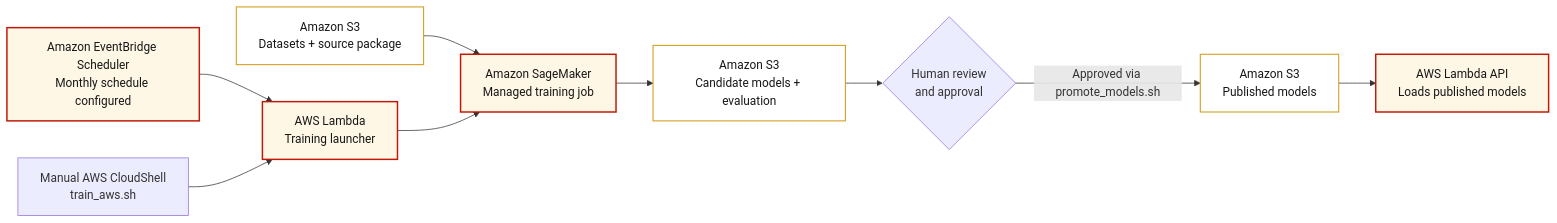
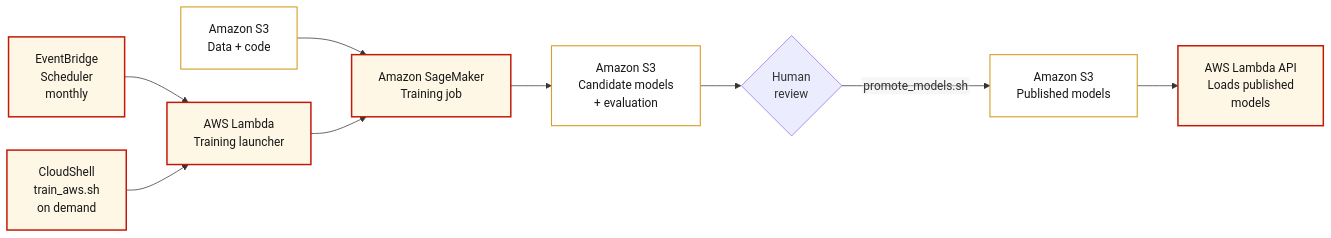
One commit to Juanita-HP/WealthPilot changed the second of 2 diagrams in docs/AWS_ARCHITECTURE.md. Above: the diagram before and after it, drawn with Mermaid. The commit also changed other lines of this file and 7 other files, not shown here.

First line of the commit message:
Fix clipped labels in the AWS diagrams; call the allocation simulated, not recommended

````diff
--- a/docs/AWS_ARCHITECTURE.md
+++ b/docs/AWS_ARCHITECTURE.md
@@ -59,26 +60,27 @@
 ```mermaid
+%%{init: {"flowchart": {"htmlLabels": false, "padding": 18, "nodeSpacing": 45, "rankSpacing": 55}}}%%
 flowchart LR
-    SCHED["Amazon EventBridge Scheduler<br/>Monthly schedule configured"]
-    MANUAL["Manual AWS CloudShell<br/>train_aws.sh"]
+    SCHED["EventBridge<br/>Scheduler<br/>monthly"]
+    MANUAL["CloudShell<br/>train_aws.sh<br/>on demand"]
     LAUNCH["AWS Lambda<br/>Training launcher"]
-    INPUT["Amazon S3<br/>Datasets + source package"]
-    SM["Amazon SageMaker<br/>Managed training job"]
-    CAND["Amazon S3<br/>Candidate models + evaluation"]
-    CHECK{"Human review<br/>and approval"}
+    INPUT["Amazon S3<br/>Data + code"]
+    SM["Amazon SageMaker<br/>Training job"]
+    CAND["Amazon S3<br/>Candidate models<br/>+ evaluation"]
+    CHECK{"Human<br/>review"}
     LIVE["Amazon S3<br/>Published models"]
-    API["AWS Lambda API<br/>Loads published models"]
+    API["AWS Lambda API<br/>Loads published<br/>models"]
 
     SCHED --> LAUNCH
     MANUAL --> LAUNCH
     INPUT --> SM
     LAUNCH --> SM
     SM --> CAND
     CAND --> CHECK
-    CHECK -->|"Approved via promote_models.sh"| LIVE
+    CHECK -->|"promote_models.sh"| LIVE
     LIVE --> API
 
     classDef primary fill:#fff7e6,stroke:#c21807,color:#171717,stroke-width:2px
     classDef storage fill:#ffffff,stroke:#d5a027,color:#171717,stroke-width:1.5px
-    class SCHED,LAUNCH,SM,API primary
+    class SCHED,MANUAL,LAUNCH,SM,API primary
     class INPUT,CAND,LIVE storage
 ```
````
